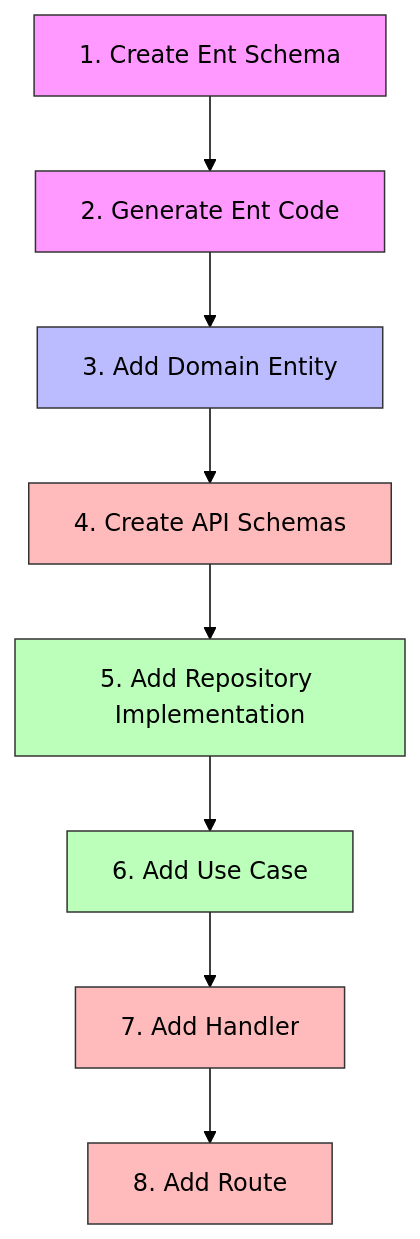
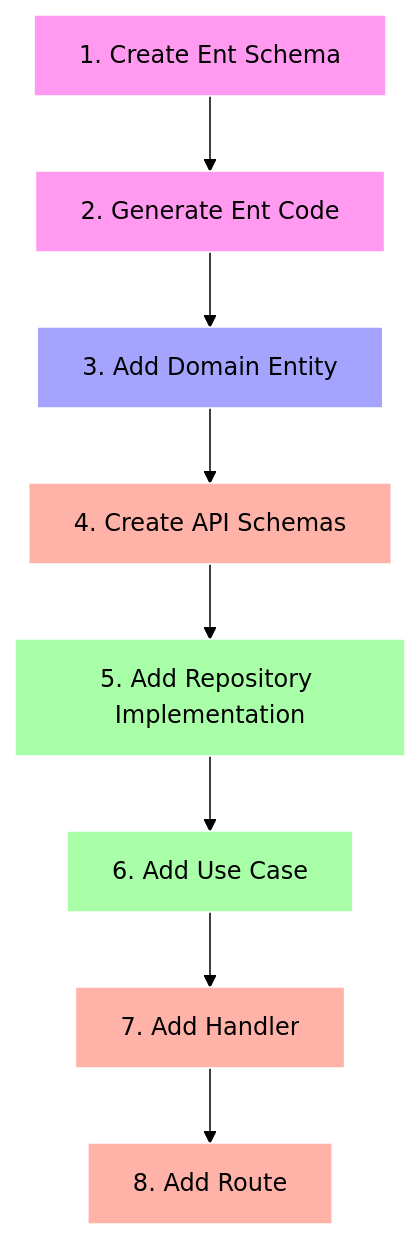
The third of 6 diagrams in README.md (ohta-rh/go-backend-boilerplate), drawn with Mermaid (forest theme) before and after one commit. The commit also changed other lines of this file, not shown here.

````diff
--- a/README.md
+++ b/README.md
@@ -159,20 +159,20 @@
 ```mermaid
 flowchart TD
     A[1. Create Ent Schema] --> B[2. Generate Ent Code]
     B --> C[3. Add Domain Entity]
     C --> D[4. Create API Schemas]
     D --> E[5. Add Repository Implementation]
     E --> F[6. Add Use Case]
     F --> G[7. Add Handler]
     G --> H[8. Add Route]
     
-    classDef schema fill:#f9f,stroke:#333,stroke-width:1px;
-    classDef domain fill:#bbf,stroke:#333,stroke-width:1px;
-    classDef impl fill:#bfb,stroke:#333,stroke-width:1px;
-    classDef api fill:#fbb,stroke:#333,stroke-width:1px;
+    classDef schema fill:#ff9af0,stroke:#fff,stroke-width:1px;
+    classDef domain fill:#a4a4ff,stroke:#fff,stroke-width:1px;
+    classDef impl fill:#a8ffa8,stroke:#fff,stroke-width:1px;
+    classDef api fill:#ffb2a8,stroke:#fff,stroke-width:1px;
     
     class A,B schema;
     class C domain;
     class D,G,H api;
     class E,F impl;
 ```
````
